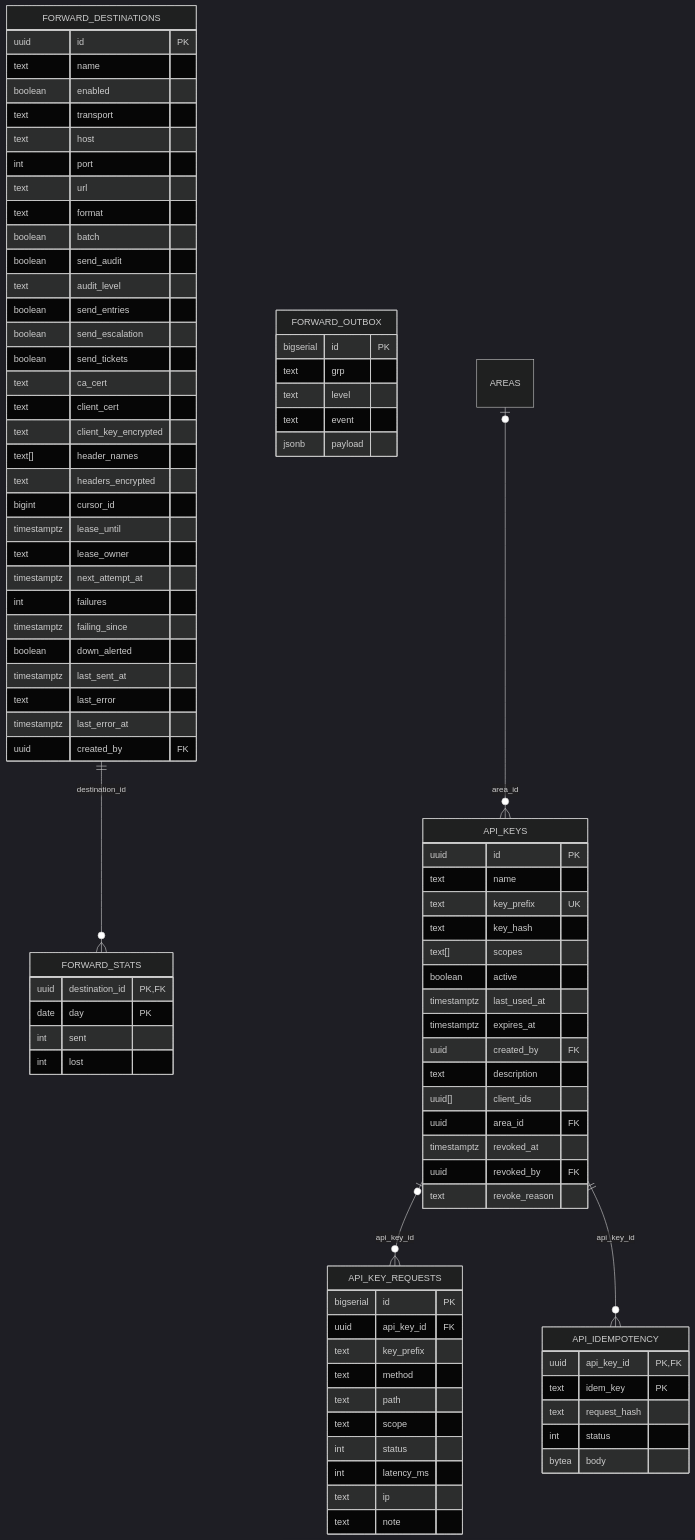
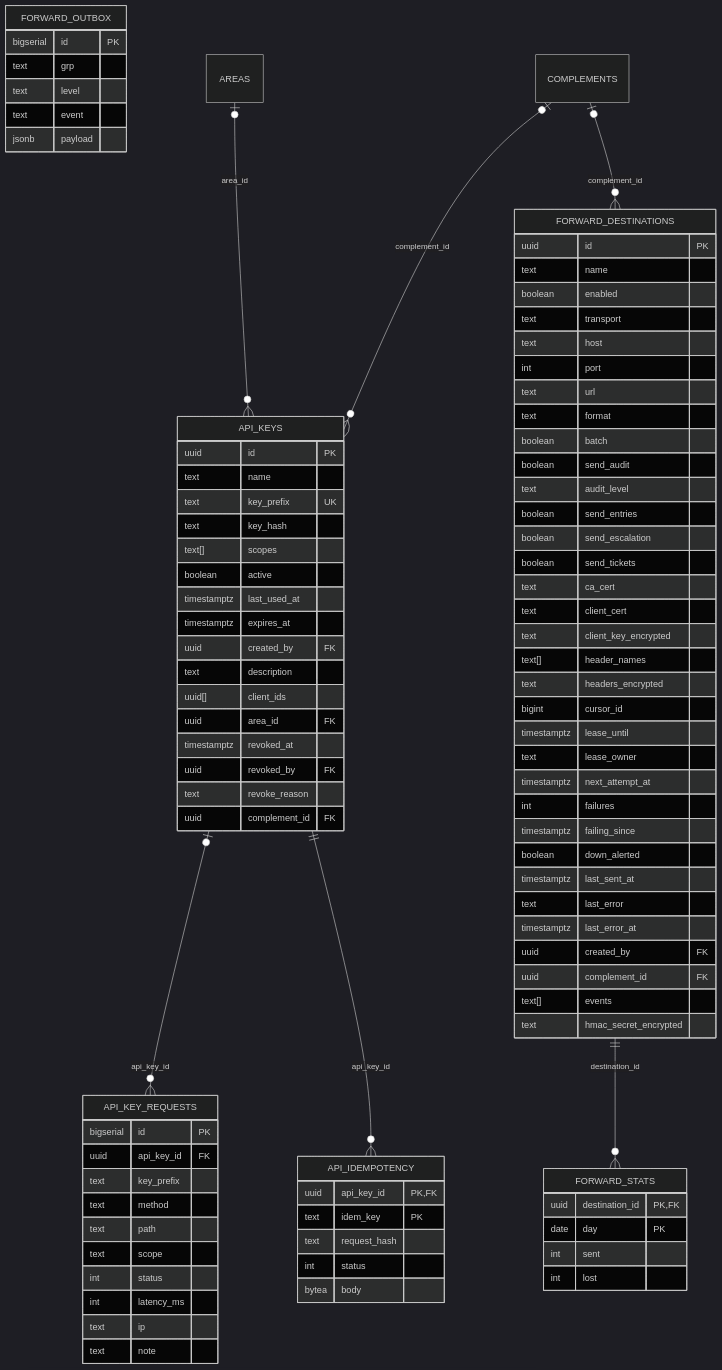
One commit to athomo001/BitacoraSOC changed the ninth of 17 diagrams in docs/modelo-de-datos.md. Above: the diagram before and after it, drawn with Mermaid (dark theme). The commit also changed other lines of this file and 82 other files, not shown here.

````diff
--- a/docs/modelo-de-datos.md
+++ b/docs/modelo-de-datos.md
@@ -1296,6 +1296,9 @@
         text last_error
         timestamptz last_error_at
         uuid created_by FK
+        uuid complement_id FK
+        text[] events
+        text hmac_secret_encrypted
     }
     FORWARD_OUTBOX {
         bigserial id PK
@@ -1326,6 +1329,7 @@
         timestamptz revoked_at
         uuid revoked_by FK
         text revoke_reason
+        uuid complement_id FK
     }
     API_KEY_REQUESTS {
         bigserial id PK
@@ -1350,5 +1354,7 @@
     API_KEYS |o--o{ API_KEY_REQUESTS : "api_key_id"
     API_KEYS ||--o{ API_IDEMPOTENCY : "api_key_id"
     AREAS |o--o{ API_KEYS : "area_id"
+    COMPLEMENTS |o--o{ API_KEYS : "complement_id"
+    COMPLEMENTS |o--o{ FORWARD_DESTINATIONS : "complement_id"
     FORWARD_DESTINATIONS ||--o{ FORWARD_STATS : "destination_id"
 ```
````
